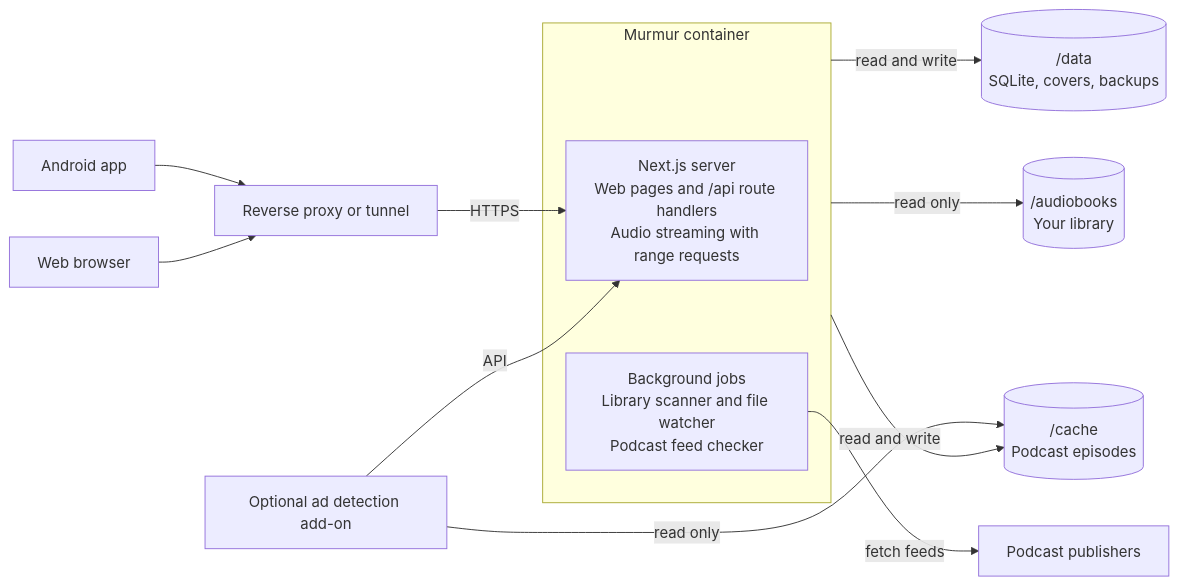
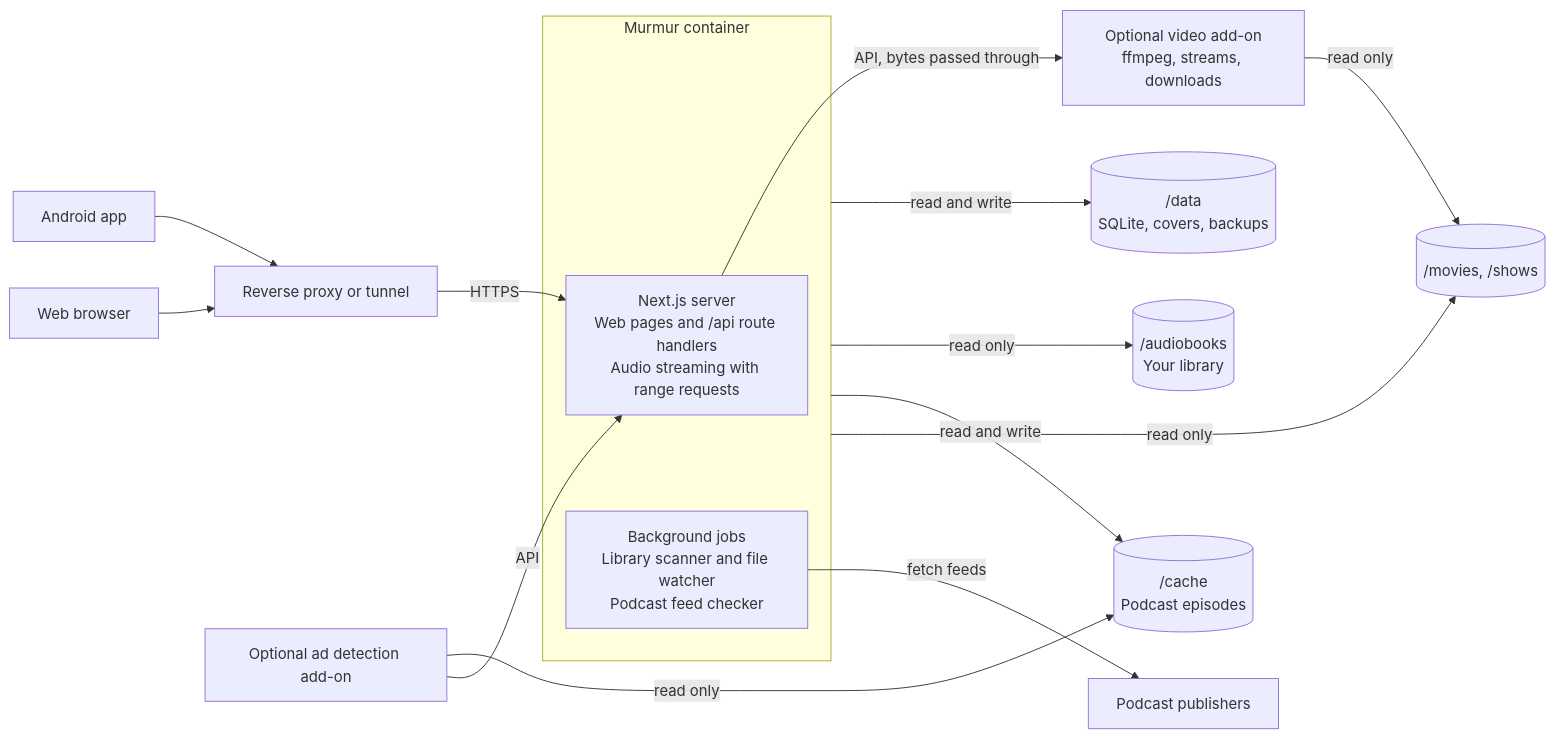
Before and after one commit to gholaday/murmur: the diagram in docs/SPEC.md, drawn with Mermaid. The commit also changed other lines of this file and 49 other files, not shown here.

First line of the commit message:
Watch: ffmpeg moves to the murmur-video add-on, locked inside the stack

````diff
--- a/docs/SPEC.md
+++ b/docs/SPEC.md
@@ -111,16 +112,19 @@
 ```mermaid
 flowchart LR
   app[Android app] --> proxy[Reverse proxy or tunnel]
   web[Web browser] --> proxy
   proxy -- HTTPS --> next
   subgraph container[Murmur container]
     next[Next.js server<br/>Web pages and /api route handlers<br/>Audio streaming with range requests]
     jobs[Background jobs<br/>Library scanner and file watcher<br/>Podcast feed checker]
   end
   container -- read and write --> data[(/data<br/>SQLite, covers, backups)]
   container -- read only --> lib[(/audiobooks<br/>Your library)]
   container -- read and write --> cache[(/cache<br/>Podcast episodes)]
   jobs -- fetch feeds --> pub[Podcast publishers]
   adscan[Optional ad detection add-on] -- read only --> cache
   adscan -- API --> next
+  next -- API, bytes passed through --> video[Optional video add-on<br/>ffmpeg, streams, downloads]
+  video -- read only --> vids[(/movies, /shows)]
+  container -- read only --> vids
 ```
````
